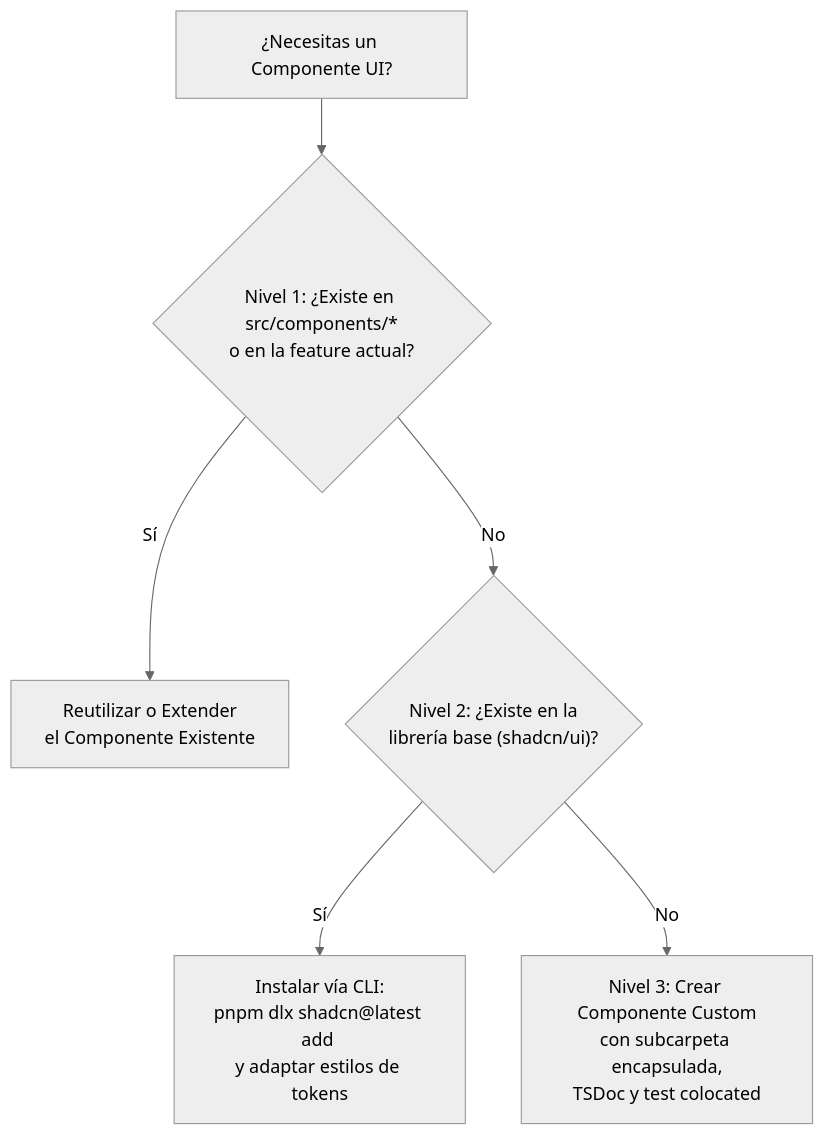
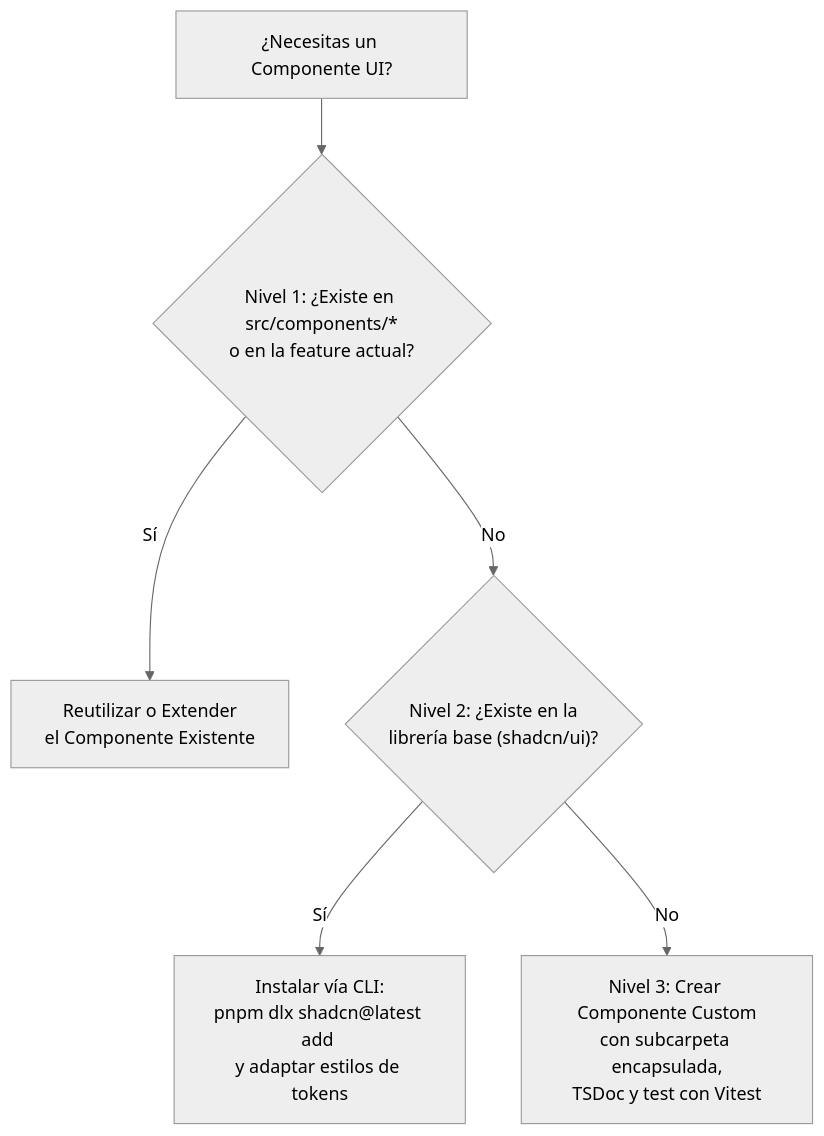
The diagram in skills/architecture/nextjs-architecture/references/component-and-dialog-patterns.md (bryanus1/agent-skills), drawn with Mermaid (neutral theme) before and after one commit. The commit also changed other lines of this file and 13 other files, not shown here.

First line of the commit message:
feat: ✨ architecture nextjs improvements (#14)

````diff
--- a/skills/architecture/nextjs-architecture/references/component-and-dialog-patterns.md
+++ b/skills/architecture/nextjs-architecture/references/component-and-dialog-patterns.md
@@ -11,8 +11,8 @@
 ```mermaid
 flowchart TD
     A["¿Necesitas un Componente UI?"] --> B{"Nivel 1: ¿Existe en src/components/*\no en la feature actual?"}
     B -- "Sí" --> C["Reutilizar o Extender\nel Componente Existente"]
     B -- "No" --> D{"Nivel 2: ¿Existe en la\nlibrería base (shadcn/ui)?"}
     D -- "Sí" --> E["Instalar vía CLI:\npnpm dlx shadcn@latest add <name>\ny adaptar estilos de tokens"]
-    D -- "No" --> F["Nivel 3: Crear Componente Custom\ncon subcarpeta encapsulada,\nTSDoc y test colocated"]
+    D -- "No" --> F["Nivel 3: Crear Componente Custom\ncon subcarpeta encapsulada,\nTSDoc y test con Vitest"]
 ```
````
